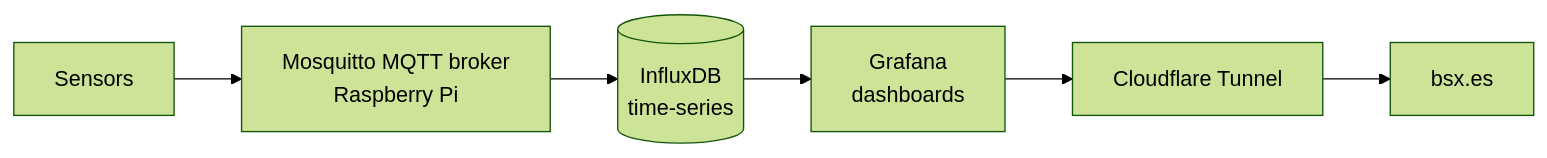
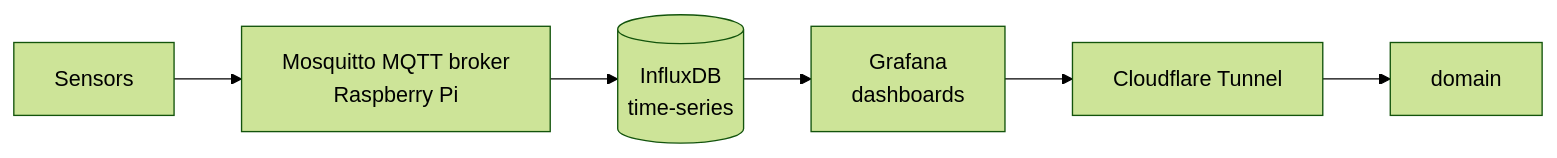
One commit to Aespinlo/Aespinlo changed the diagram in README.md. Above: the diagram before and after it, drawn with Mermaid (forest theme). The commit also changed other lines of this file, not shown here.

````diff
--- a/README.md
+++ b/README.md
@@ -76,8 +76,8 @@
 ```mermaid
 flowchart LR
     A[Sensors] --> B[Mosquitto MQTT broker<br/>Raspberry Pi]
     B --> C[(InfluxDB<br/>time-series)]
     C --> D[Grafana<br/>dashboards]
     D --> E[Cloudflare Tunnel]
-    E --> F[bsx.es]
+    E --> F[domain]
 ```
````
